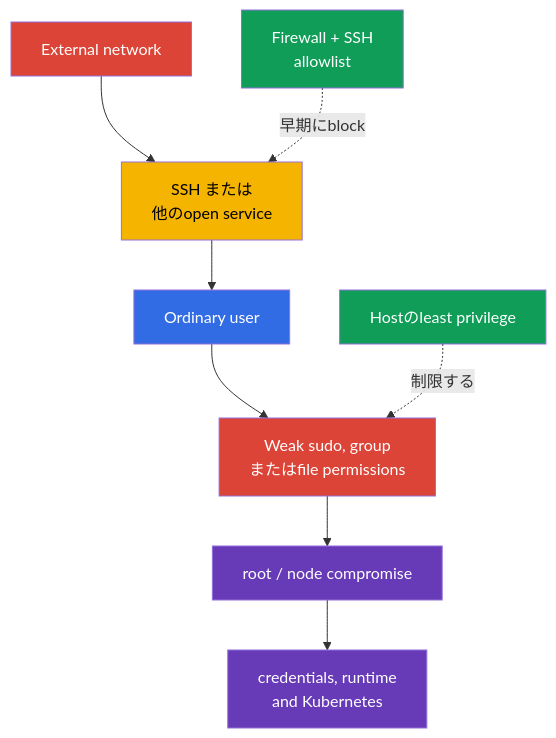
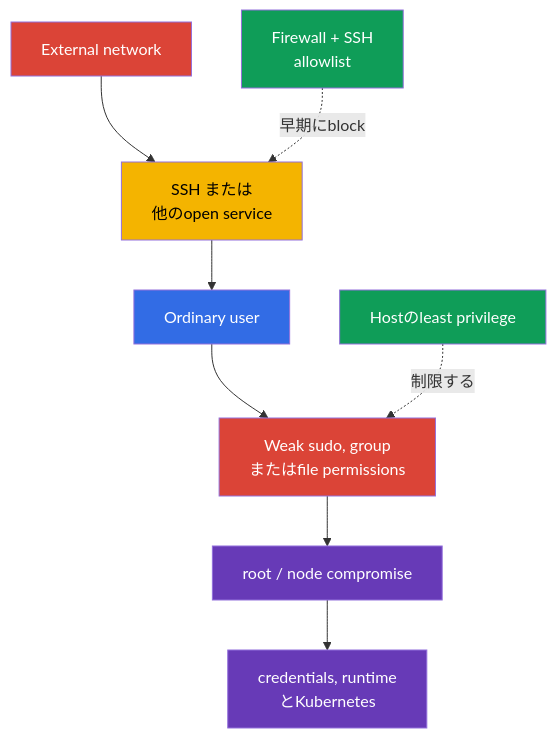
Before and after one commit to ViktorUJ/cks: the first of 2 diagrams in tasks/cks/course/15/jp.md, drawn with Mermaid. The commit also changed other lines of this file and 280 other files, not shown here.

````diff
--- a/tasks/cks/course/15/jp.md
+++ b/tasks/cks/course/15/jp.md
@@ -15,18 +15,18 @@
 ```mermaid
 flowchart TB
     net["External network"] --> ssh["SSH または<br/>他のopen service"]
     ssh --> user["Ordinary user"]
     user --> weak["Weak sudo, group<br/>またはfile permissions"]
     weak --> root["root / node compromise"]
-    root --> k8s["credentials, runtime<br/>and Kubernetes"]
+    root --> k8s["credentials, runtime<br/>とKubernetes"]
     fw["Firewall + SSH<br/>allowlist"] -. "早期にblock" .-> ssh
     least["Hostのleast privilege"] -. "制限する" .-> weak
     style net fill:#db4437,color:#fff
     style ssh fill:#f4b400,color:#000
     style user fill:#326ce5,color:#fff
     style weak fill:#db4437,color:#fff
     style root fill:#673ab7,color:#fff
     style k8s fill:#673ab7,color:#fff
     style fw fill:#0f9d58,color:#fff
     style least fill:#0f9d58,color:#fff
 ```
````
